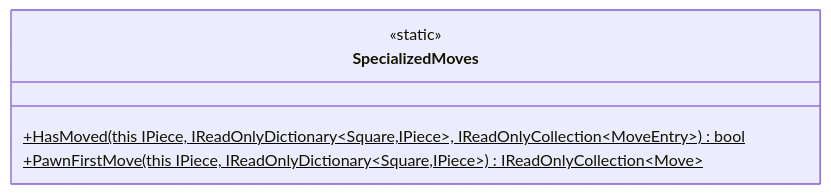
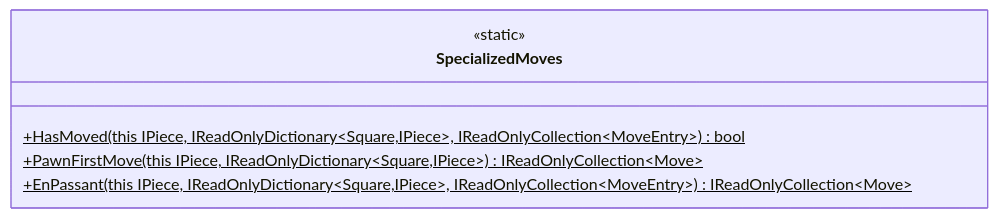
Before and after one commit to JeanLColombo/Mate: the sixth of 6 diagrams in UML Diagram/Core/Extensions.md, drawn with Mermaid. The commit also changed 2 other files, not shown here.

Commit message:
En passant implemented

````diff
--- a/UML Diagram/Core/Extensions.md
+++ b/UML Diagram/Core/Extensions.md
@@ -45,8 +45,9 @@
 ```mermaid
     classDiagram
     class SpecializedMoves{
         <<static>>
         +HasMoved(this IPiece, IReadOnlyDictionary~Square,IPiece~, IReadOnlyCollection~MoveEntry~)$ bool 
         +PawnFirstMove(this IPiece, IReadOnlyDictionary~Square,IPiece~)$ IReadOnlyCollection~Move~
+        +EnPassant(this IPiece, IReadOnlyDictionary~Square,IPiece~, IReadOnlyCollection~MoveEntry~)$ IReadOnlyCollection~Move~
     }
 ```
````
